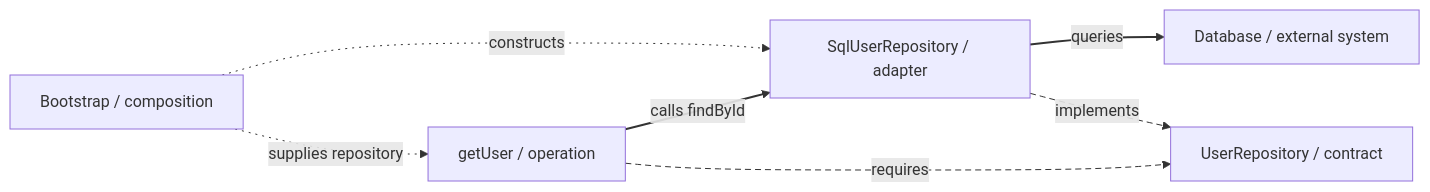
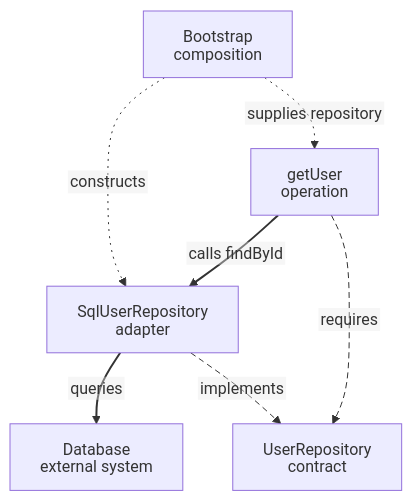
One commit to AndresTaoFlorez/software-architecture changed the second of 4 diagrams in architecture/styles/clean-architecture/1-the-dependency-rule.md. Above: the diagram before and after it, drawn with Mermaid. The commit also changed other lines of this file and 79 other files, not shown here.

````diff
--- a/architecture/styles/clean-architecture/1-the-dependency-rule.md
+++ b/architecture/styles/clean-architecture/1-the-dependency-rule.md
@@ -89,12 +110,13 @@
 ```mermaid
-flowchart LR
-    UC["getUser / operation"] -->|"calls findById"| SQL["SqlUserRepository / adapter"]
-    SQL -->|"queries"| DB["Database / external system"]
-    SQL -. "implements" .-> PORT["UserRepository / contract"]
+%%{init: {"htmlLabels": false, "flowchart": {"htmlLabels": false, "nodeSpacing": 28, "rankSpacing": 48, "diagramPadding": 20, "wrappingWidth": 280}, "sequence": {"wrap": true, "diagramMarginX": 20, "diagramMarginY": 20}}}%%
+flowchart TB
+    UC["getUser<br/>operation"] -->|"calls findById"| SQL["SqlUserRepository<br/>adapter"]
+    SQL -->|"queries"| DB["Database<br/>external system"]
+    SQL -. "implements" .-> PORT["UserRepository<br/>contract"]
     UC -. "requires" .-> PORT
-    ROOT["Bootstrap / composition"] -. "constructs" .-> SQL
+    ROOT["Bootstrap<br/>composition"] -. "constructs" .-> SQL
     ROOT -. "supplies repository" .-> UC
     linkStyle 0,1 stroke-width:2px
     linkStyle 2,3 stroke-width:1px,stroke-dasharray:6 4
     linkStyle 4,5 stroke-width:1px,stroke-dasharray:2 5
 ```
````
